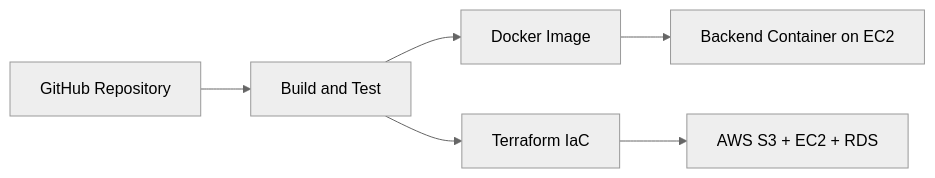
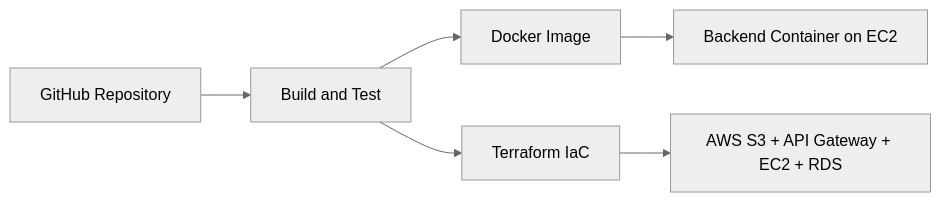
One commit to yathamsridharreddy/CLOUD-COMPARE-AI changed the third of 3 diagrams in README.md. Above: the diagram before and after it, drawn with Mermaid (neutral theme). The commit also changed other lines of this file, not shown here.

````diff
--- a/README.md
+++ b/README.md
@@ -137,8 +145,8 @@
 ```mermaid
 flowchart LR
     GitHub[GitHub Repository] --> Build[Build and Test]
     Build --> Docker[Docker Image]
     Build --> Terraform[Terraform IaC]
-    Terraform --> AWS[AWS S3 + EC2 + RDS]
+    Terraform --> AWS[AWS S3 + API Gateway + EC2 + RDS]
     Docker --> EC2[Backend Container on EC2]
 ```
````
